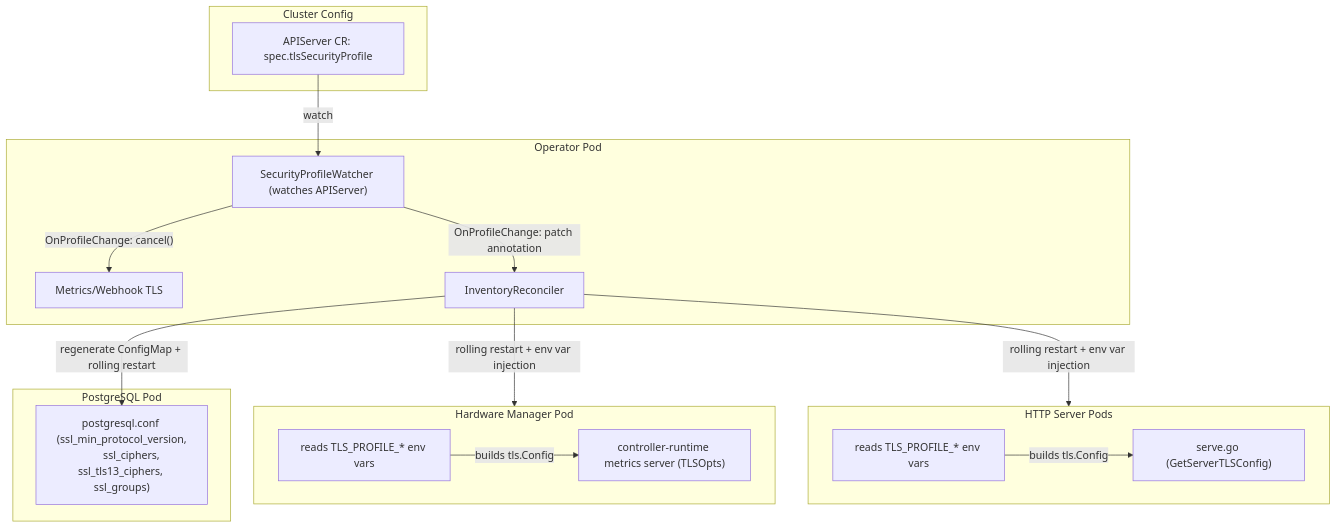
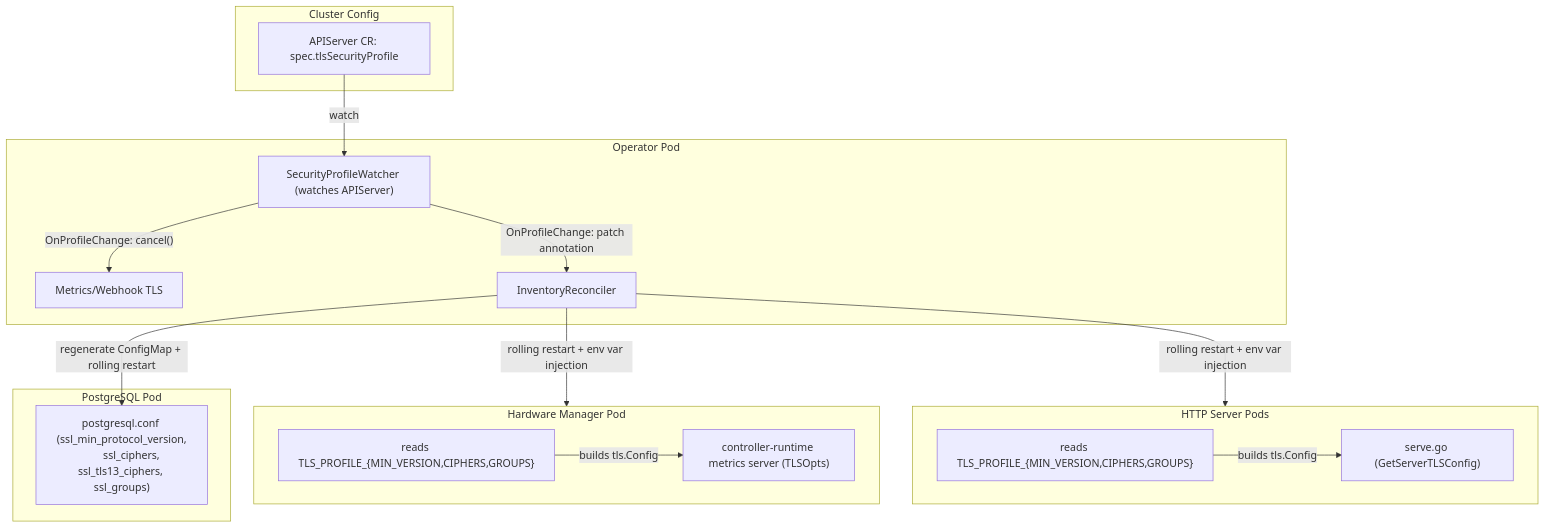
The first of 2 diagrams in docs/dev/tls-configuration.md (openshift-kni/oran-o2ims), drawn with Mermaid before and after one commit. The commit also changed other lines of this file and 50 other files, not shown here.

First line of the commit message:
CNF-25998: Add TLS CurvePreferences support and dynamic PostgreSQL ssl_groups (#4972)

````diff
--- a/docs/dev/tls-configuration.md
+++ b/docs/dev/tls-configuration.md
@@ -88,36 +97,36 @@
 ```mermaid
 flowchart TB
     subgraph cluster_cfg["Cluster Config"]
         APIServerRes["APIServer CR: spec.tlsSecurityProfile"]
     end
 
     subgraph operator_pod["Operator Pod"]
         Watcher["SecurityProfileWatcher (watches APIServer)"]
         MgrTLS["Metrics/Webhook TLS"]
         Reconciler["InventoryReconciler"]
     end
 
     subgraph http_pods["HTTP Server Pods"]
-        EnvRead["reads TLS_PROFILE_* env vars"]
+        EnvRead["reads TLS_PROFILE_{MIN_VERSION,CIPHERS,GROUPS}"]
         Serve["serve.go (GetServerTLSConfig)"]
     end
 
     subgraph hw_mgr_pod["Hardware Manager Pod"]
-        HWEnvRead["reads TLS_PROFILE_* env vars"]
+        HWEnvRead["reads TLS_PROFILE_{MIN_VERSION,CIPHERS,GROUPS}"]
         HWMgr["controller-runtime metrics server (TLSOpts)"]
     end
 
     subgraph postgres_pod["PostgreSQL Pod"]
         PGConf["postgresql.conf (ssl_min_protocol_version,
         ssl_ciphers, ssl_tls13_ciphers, ssl_groups)"]
     end
 
     APIServerRes -->|"watch"| Watcher
     Watcher -->|"OnProfileChange: cancel()"| MgrTLS
     Watcher -->|"OnProfileChange: patch annotation"| Reconciler
     Reconciler -->|"rolling restart + env var injection"| http_pods
     Reconciler -->|"rolling restart + env var injection"| hw_mgr_pod
     Reconciler -->|"regenerate ConfigMap + rolling restart"| PGConf
     EnvRead -->|"builds tls.Config"| Serve
     HWEnvRead -->|"builds tls.Config"| HWMgr
 ```
````
